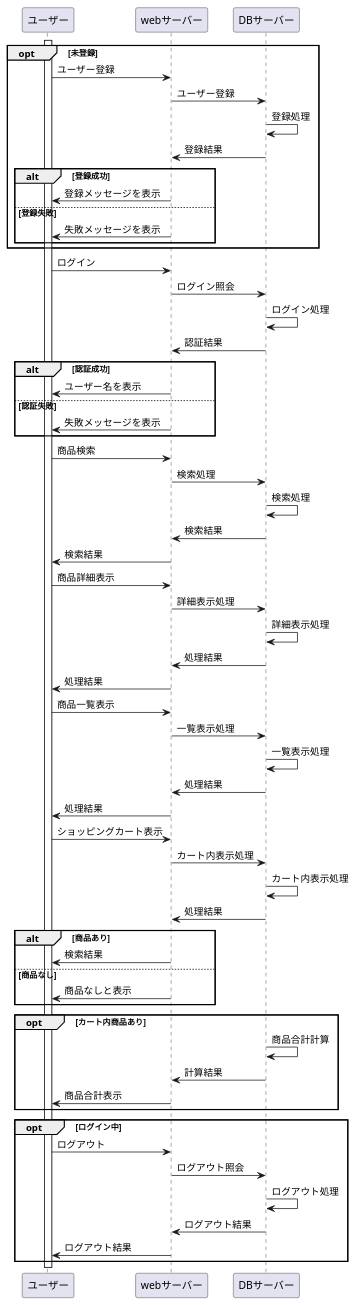
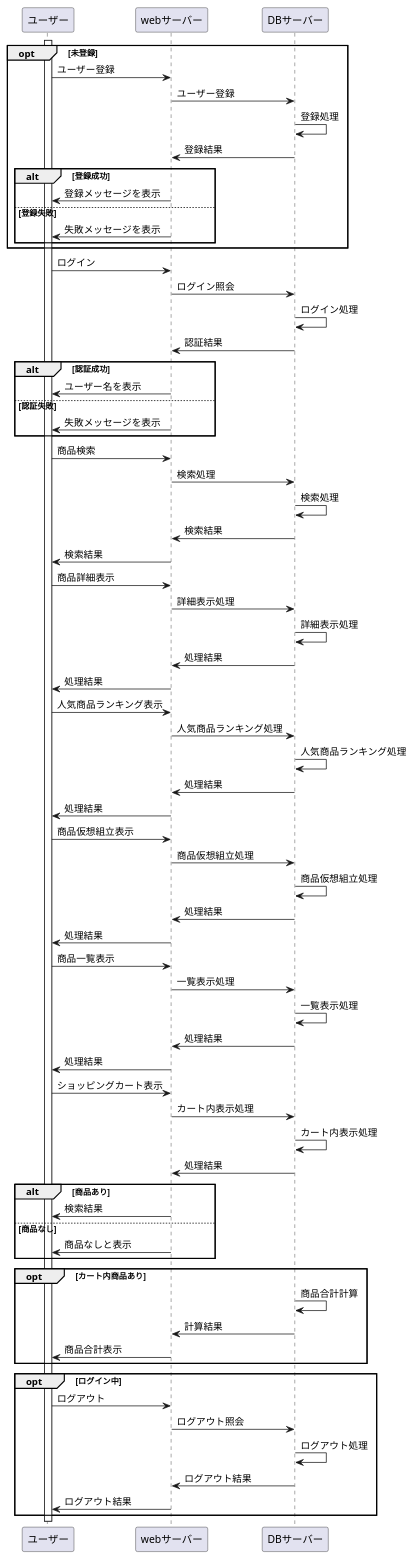
One commit to Aso2001160/2021sys-design changed the diagram in myf.md. Above: the diagram before and after it, drawn with PlantUML.

```diff
--- a/myf.md
+++ b/myf.md
@@ -36,6 +36,18 @@
 DBサーバー->webサーバー:処理結果
 webサーバー->ユーザー:処理結果
 
+ユーザー->webサーバー:人気商品ランキング表示
+webサーバー->DBサーバー:人気商品ランキング処理
+DBサーバー->DBサーバー:人気商品ランキング処理
+DBサーバー->webサーバー:処理結果
+webサーバー->ユーザー:処理結果
+
+ユーザー->webサーバー:商品仮想組立表示
+webサーバー->DBサーバー:商品仮想組立処理
+DBサーバー->DBサーバー:商品仮想組立処理
+DBサーバー->webサーバー:処理結果
+webサーバー->ユーザー:処理結果
+
 ユーザー->webサーバー:商品一覧表示
 webサーバー->DBサーバー:一覧表示処理
 DBサーバー->DBサーバー:一覧表示処理
```
